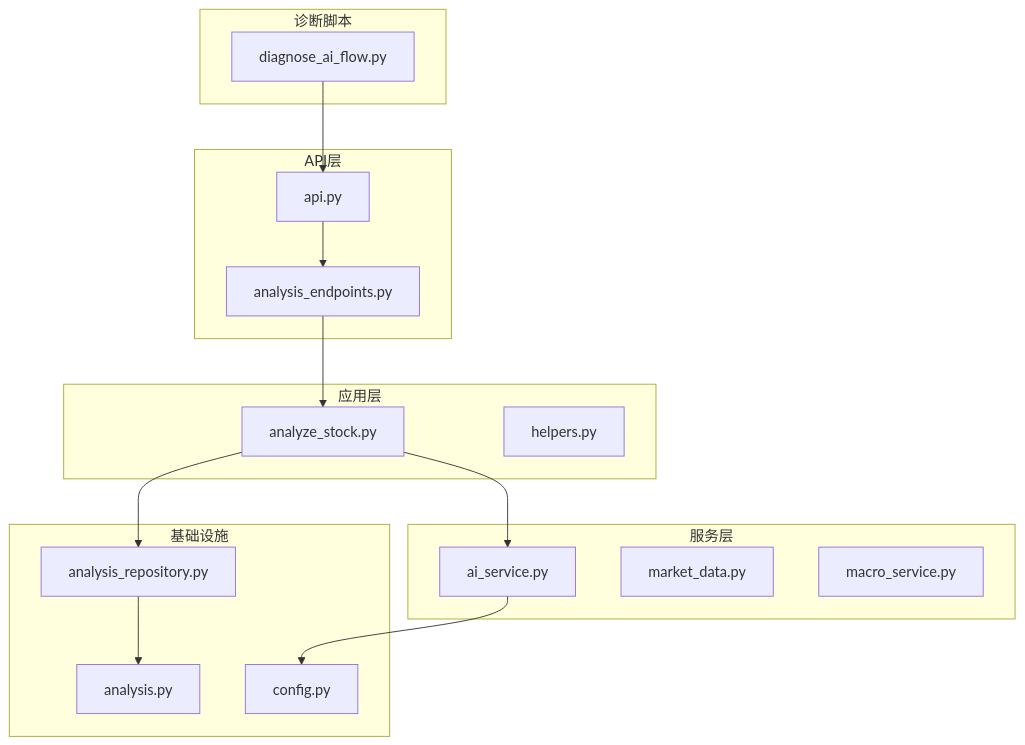
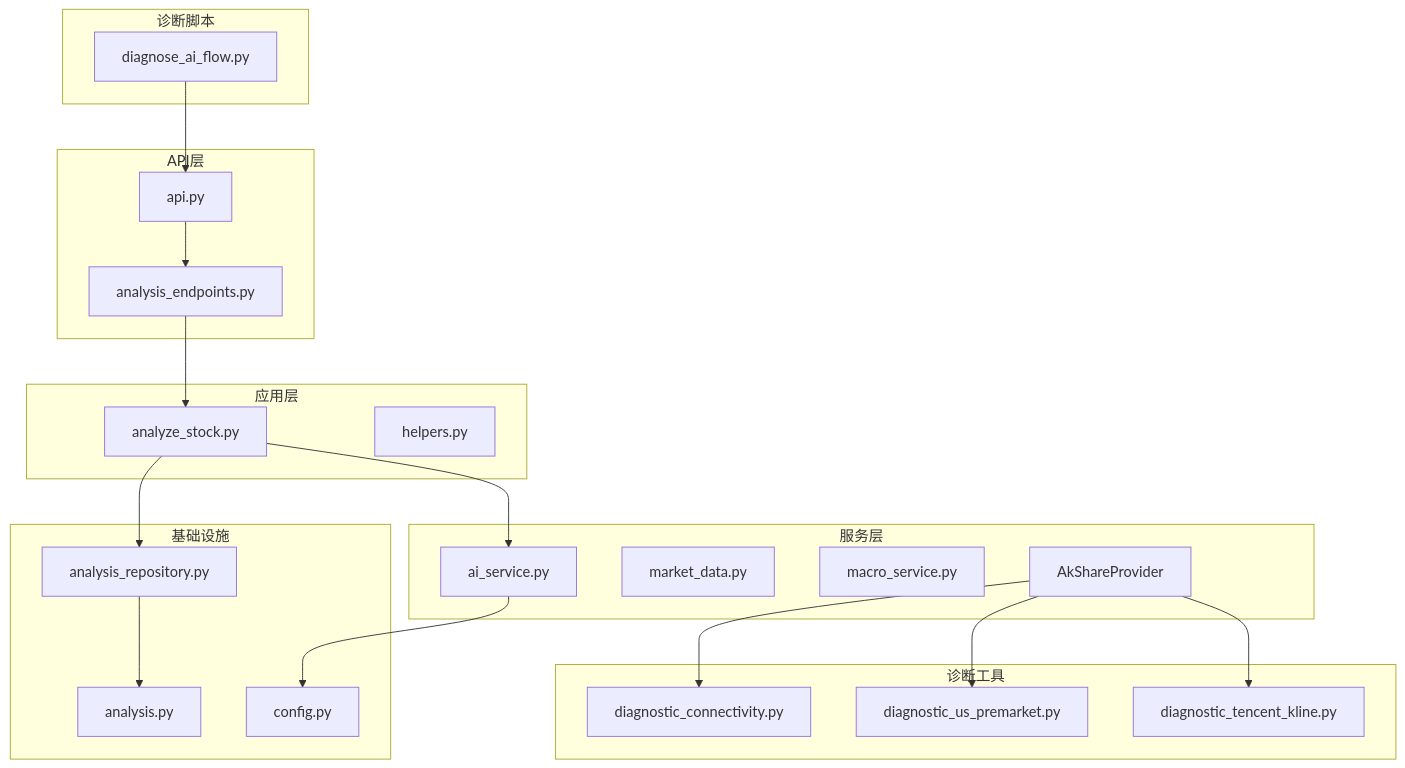
One commit to breeze-lyf/ai-stock-advisor changed diagram 12 of 14 in .qoder/repowiki/zh/content/后端开发指南/AI分析流程诊断脚本.md. Above: the diagram before and after it, drawn with Mermaid. The commit also changed other lines of this file and 11 other files, not shown here.

````diff
--- a/.qoder/repowiki/zh/content/后端开发指南/AI分析流程诊断脚本.md
+++ b/.qoder/repowiki/zh/content/后端开发指南/AI分析流程诊断脚本.md
@@ -339,31 +515,40 @@
 ```mermaid
 graph TD
 subgraph "诊断脚本"
 Diagnose[diagnose_ai_flow.py]
 end
 subgraph "API层"
 API[api.py]
 Endpoints[analysis_endpoints.py]
 end
 subgraph "应用层"
 UseCase[analyze_stock.py]
 Helpers[helpers.py]
 end
 subgraph "服务层"
 AIService[ai_service.py]
 MarketData[market_data.py]
 MacroService[macro_service.py]
+AkShare[AkShareProvider]
 end
 subgraph "基础设施"
 Repo[analysis_repository.py]
 Models[analysis.py]
 Config[config.py]
+end
+subgraph "诊断工具"
+Connectivity[diagnostic_connectivity.py]
+USPremarket[diagnostic_us_premarket.py]
+TencentKline[diagnostic_tencent_kline.py]
 end
 Diagnose --> API
 API --> Endpoints
 Endpoints --> UseCase
 UseCase --> AIService
 UseCase --> Repo
 AIService --> Config
 Repo --> Models
+AkShare --> Connectivity
+AkShare --> USPremarket
+AkShare --> TencentKline
 ```
````
